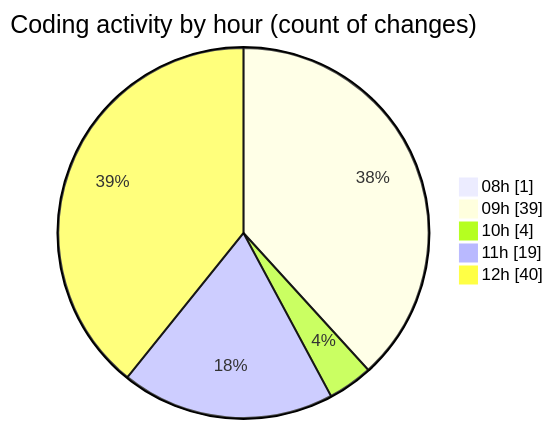
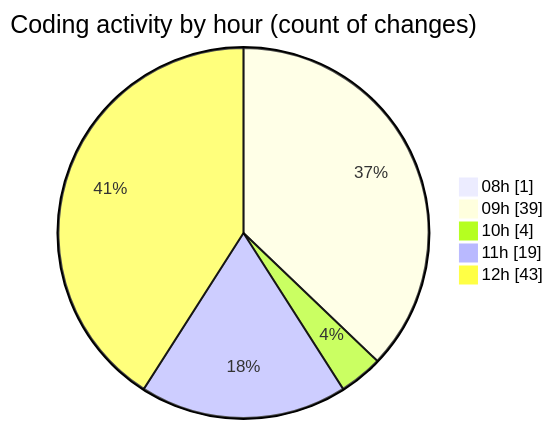
One commit to momahboobian/code-tracking changed the second of 2 diagrams in 2026-08-25/cda/README.md. Above: the diagram before and after it, drawn with Mermaid. The commit also changed other lines of this file and 1 other file, not shown here.

````diff
--- a/2026-08-25/cda/README.md
+++ b/2026-08-25/cda/README.md
@@ -54,9 +54,9 @@
 ```mermaid
 pie showData
 title Coding activity by hour (count of changes)
 "08h" : 1
 "09h" : 39
 "10h" : 4
 "11h" : 19
-"12h" : 40
+"12h" : 43
 ```
````
